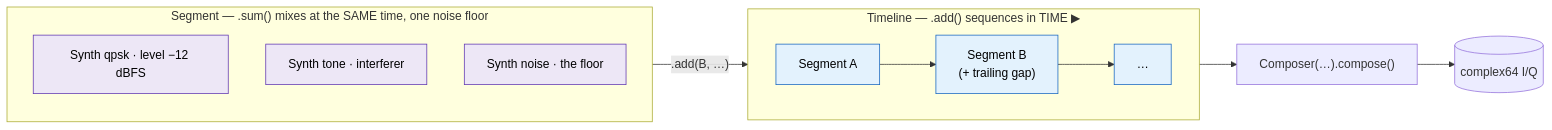
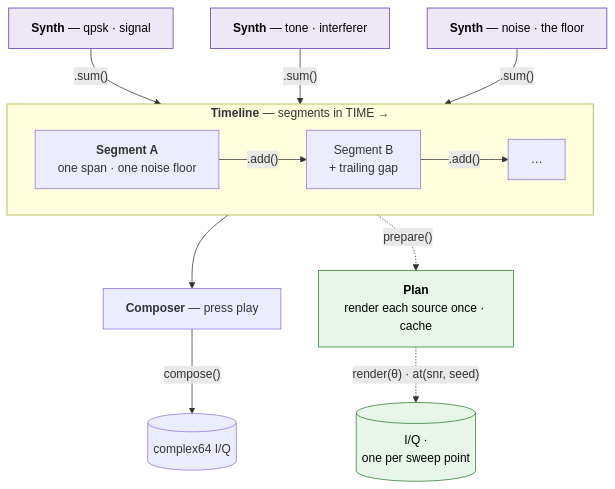
One commit to doppler-dsp/doppler changed the diagram in docs/guide/wfmgen/concepts.md. Above: the diagram before and after it, drawn with Mermaid. The commit also changed other lines of this file, not shown here.

First line of the commit message:
docs(wfmgen): rework the concepts diagram + add the Plan subsection (#330)

````diff
--- a/docs/guide/wfmgen/concepts.md
+++ b/docs/guide/wfmgen/concepts.md
@@ -13,20 +13,21 @@
 ```mermaid
-flowchart LR
-    subgraph SEG["Segment — .sum() mixes at the SAME time, one noise floor"]
-        direction TB
-        y1["Synth qpsk · level −12 dBFS"]
-        y2["Synth tone · interferer"]
-        y3["Synth noise · the floor"]
+flowchart TB
+    y1["<b>Synth</b> — qpsk · signal"]
+    y2["<b>Synth</b> — tone · interferer"]
+    y3["<b>Synth</b> — noise · the floor"]
+    subgraph TL["<b>Timeline</b> — segments in TIME →"]
+        direction LR
+        A["<b>Segment A</b><br/>one span · one noise floor"] -->|".add()"| B["Segment B<br/>+ trailing gap"] -->|".add()"| C["…"]
     end
-    subgraph TL["Timeline — .add() sequences in TIME ▶"]
-        direction LR
-        sA["Segment A"] --> sB["Segment B<br/>(+ trailing gap)"] --> sC["…"]
-    end
-    SEG -- ".add(B, …)" --> sA
-    TL --> COMP["Composer(…).compose()"] --> IQ[("complex64 I/Q")]
+    y1 & y2 & y3 -->|".sum()"| A
+    TL --> COMP["<b>Composer</b> — press play"]
+    COMP -->|"compose()"| IQ[("complex64 I/Q")]
+
+    TL -. "prepare()" .-> PLAN["<b>Plan</b><br/>render each source once · cache"]
+    PLAN -. "render(θ) · at(snr, seed)" .-> SWEEP[("I/Q ·<br/>one per sweep point")]
 
     classDef syn fill:#ede7f6,stroke:#5e35b1,color:#000;
-    classDef seg fill:#e3f2fd,stroke:#1565c0,color:#000;
+    classDef plan fill:#e8f5e9,stroke:#2e7d32,color:#000;
     class y1,y2,y3 syn;
-    class sA,sB,sC seg;
+    class PLAN,SWEEP plan;
 ```
````
